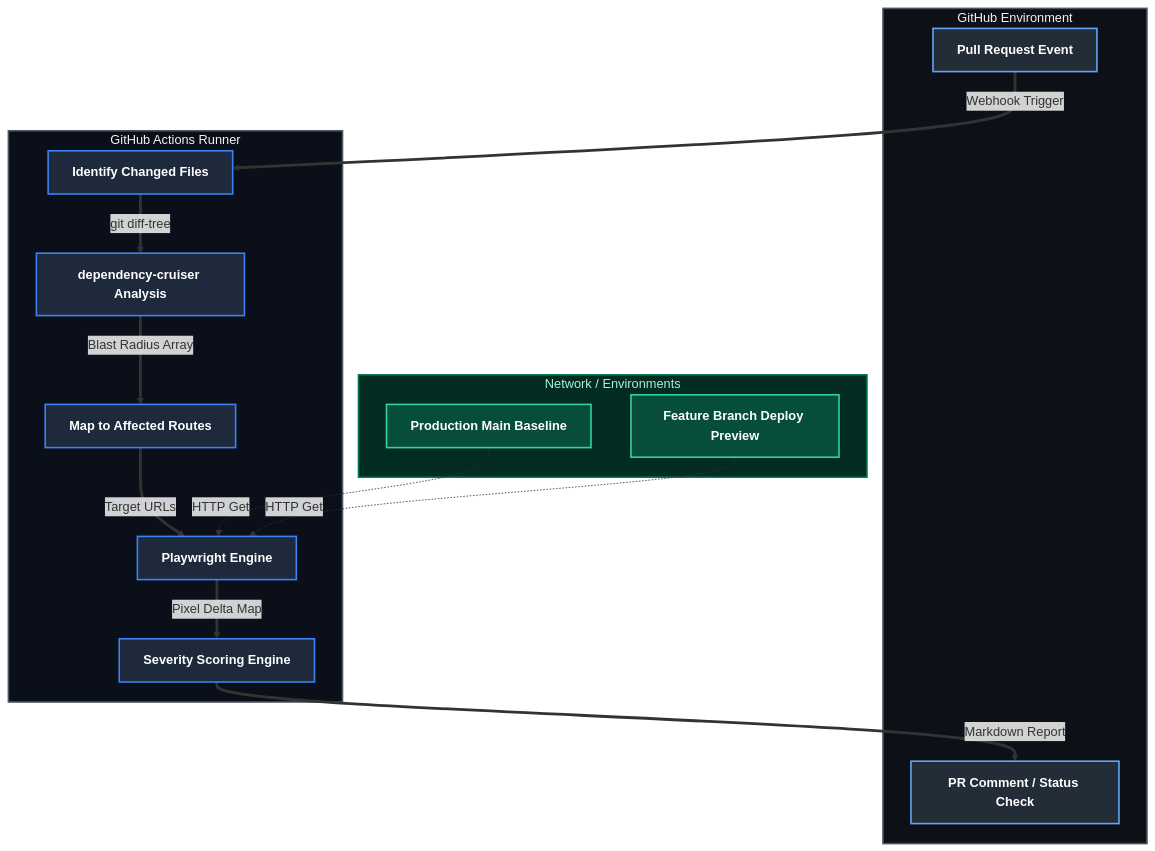
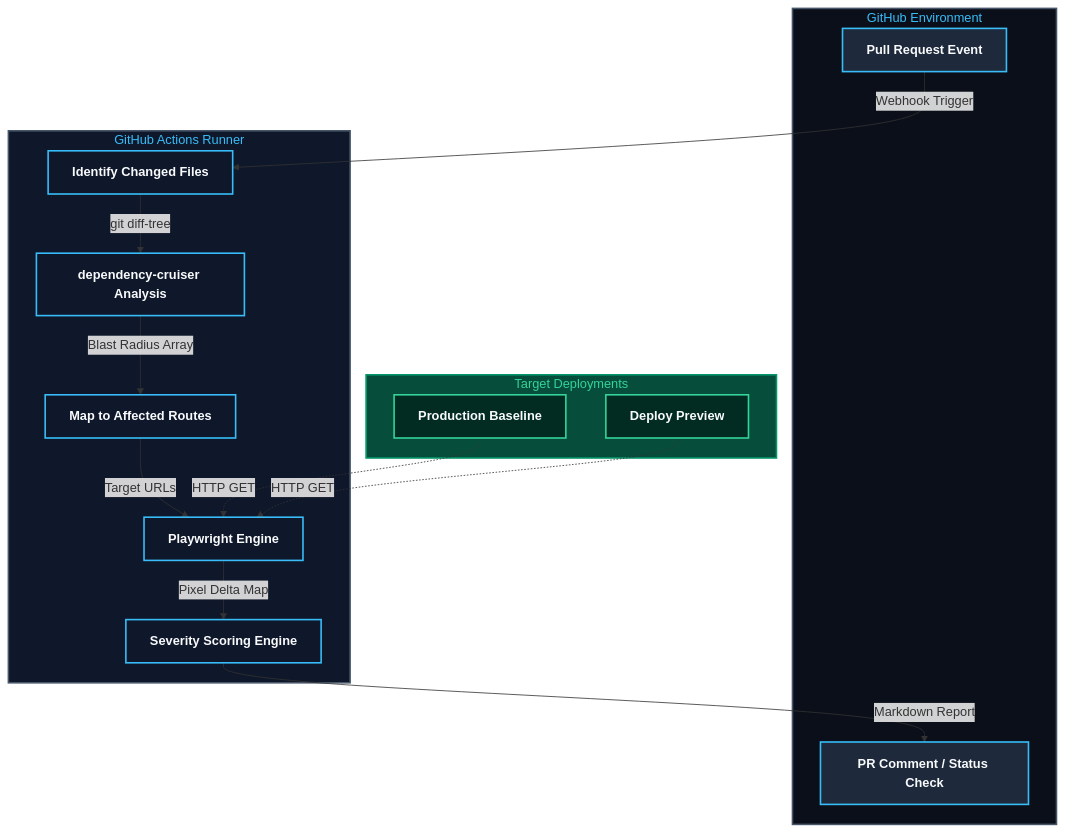
The diagram in src/content/research/deployment-impact-analyzer.md (arii/portfolio), drawn with Mermaid before and after one commit. The commit also changed 3 other files, not shown here.

First line of the commit message:
Improve and polish Mermaid diagrams across research articles

````diff
--- a/src/content/research/deployment-impact-analyzer.md
+++ b/src/content/research/deployment-impact-analyzer.md
@@ -19,49 +19,48 @@
 ```mermaid
-graph TB
-    %% Strict High-Visibility Class Definitions
-    classDef gitHub fill:#232d38,stroke:#60a5fa,stroke-width:2px,color:#ffffff,font-weight:bold;
-    classDef runner fill:#1e293b,stroke:#3b82f6,stroke-width:2px,color:#ffffff,font-weight:bold;
-    classDef external fill:#064e3b,stroke:#34d399,stroke-width:2px,color:#ffffff,font-weight:bold;
-    classDef linkText fill:none,color:#cbd5e1,font-size:11px;
-    
-    %% Environments as System Boundaries
+flowchart TD
+    %% High-Visibility Class Definitions
+    classDef gitHub fill:#1e293b,stroke:#38bdf8,stroke-width:2px,color:#f8fafc,font-weight:bold;
+    classDef runner fill:#0f172a,stroke:#38bdf8,stroke-width:2px,color:#f8fafc,font-weight:bold;
+    classDef external fill:#022c22,stroke:#34d399,stroke-width:2px,color:#f8fafc,font-weight:bold;
+
+    %% System Boundaries
     subgraph GitHub_Platform ["GitHub Environment"]
         A[Pull Request Event]
         G[PR Comment / Status Check]
     end
 
     subgraph CI_Runner ["GitHub Actions Runner"]
         B[Identify Changed Files]
         C[dependency-cruiser Analysis]
         D[Map to Affected Routes]
         E[Playwright Engine]
         F[Severity Scoring Engine]
     end
 
-    subgraph Target_Environments ["Network / Environments"]
-        Prod[Production Main Baseline]
-        Branch[Feature Branch Deploy Preview]
+    subgraph Target_Environments ["Target Deployments"]
+        Prod[Production Baseline]
+        Branch[Deploy Preview]
     end
 
-    %% Pipeline Logic & High-Contrast Connectors
-    A ==>|Webhook Trigger| B
-    B ==>|git diff-tree| C
-    C ==>|Blast Radius Array| D
-    
-    D ==>|Target URLs| E
-    Prod -.->|HTTP Get| E
-    Branch -.->|HTTP Get| E
-    
-    E ==>|Pixel Delta Map| F
-    F ==>|Markdown Report| G
+    %% Pipeline Connectors
+    A -->|Webhook Trigger| B
+    B -->|git diff-tree| C
+    C -->|Blast Radius Array| D
 
-    %% Assign Classes
+    D -->|Target URLs| E
+    Prod -.->|HTTP GET| E
+    Branch -.->|HTTP GET| E
+
+    E -->|Pixel Delta Map| F
+    F -->|Markdown Report| G
+
+    %% Class Assignments
     class A,G gitHub;
     class B,C,D,E,F runner;
     class Prod,Branch external;
 
-    %% Subgraph Contrast Overrides
-    style GitHub_Platform fill:#0d1117,stroke:#4b5563,stroke-width:2px,color:#f3f4f6
-    style CI_Runner fill:#0b0f19,stroke:#4b5563,stroke-width:2px,color:#f3f4f6
-    style Target_Environments fill:#022c22,stroke:#047857,stroke-width:2px,color:#a7f3d0
+    %% Subgraph Overrides
+    style GitHub_Platform fill:#0b0f19,stroke:#475569,stroke-width:2px,color:#38bdf8
+    style CI_Runner fill:#0f172a,stroke:#475569,stroke-width:2px,color:#38bdf8
+    style Target_Environments fill:#064e3b,stroke:#059669,stroke-width:2px,color:#34d399
 ```
````
